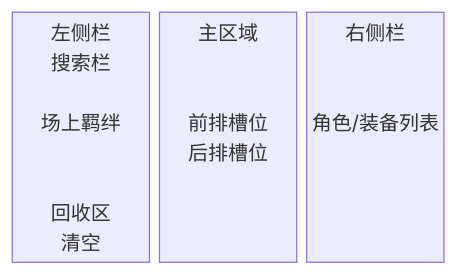
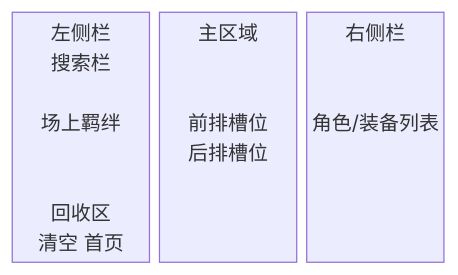
One commit to PoinTSHine/HSR_CW_NetWork changed the second of 2 diagrams in README.md. Above: the diagram before and after it, drawn with Mermaid. The commit also changed other lines of this file and 7 other files, not shown here.

````diff
--- a/README.md
+++ b/README.md
@@ -55,7 +66,7 @@
 ```mermaid
 block-beta
   columns 3
-  left["左侧栏\n搜索栏\n\n场上羁绊\n\n\n回收区\n清空"]
+  left["左侧栏\n搜索栏\n\n场上羁绊\n\n\n回收区\n清空 首页"]
   main["主区域\n\n\n前排槽位\n后排槽位\n\n\n\n"]
-  right["右侧栏\n\n\n角色/装备列表\n\n\n\n\n"]  
+  right["右侧栏\n\n\n角色/装备列表\n\n\n\n\n"]
 ```
````
